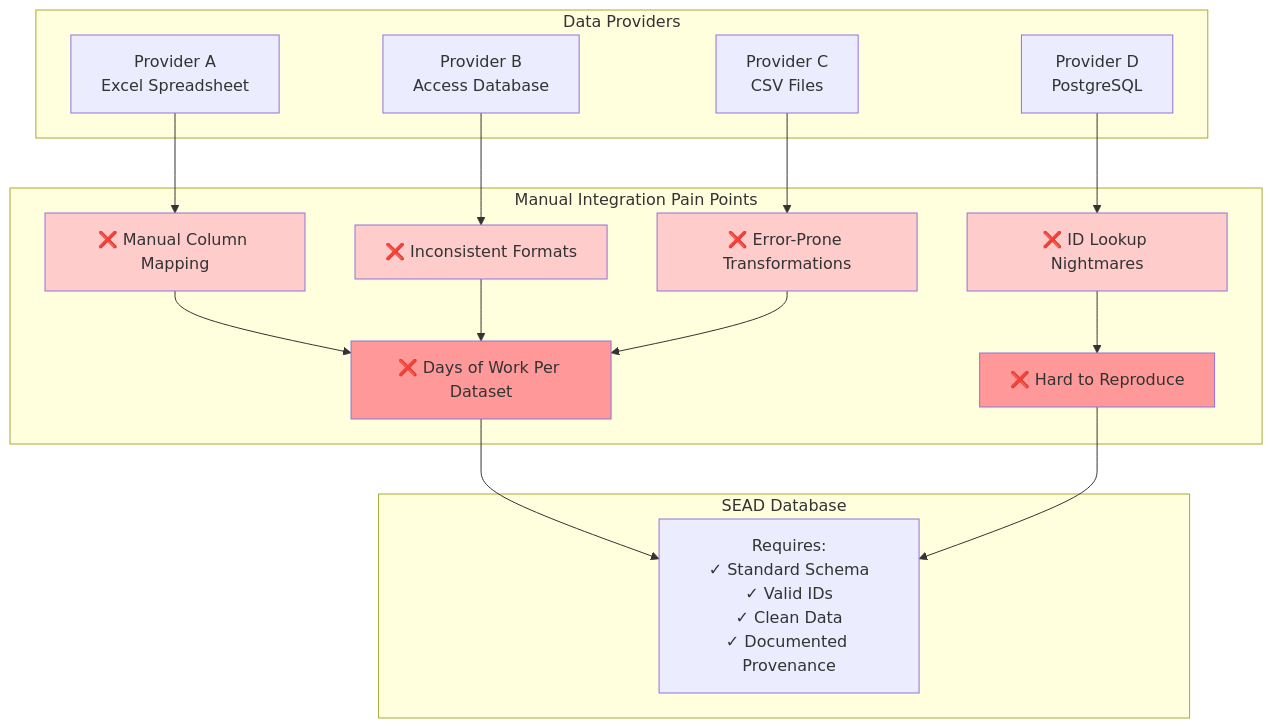
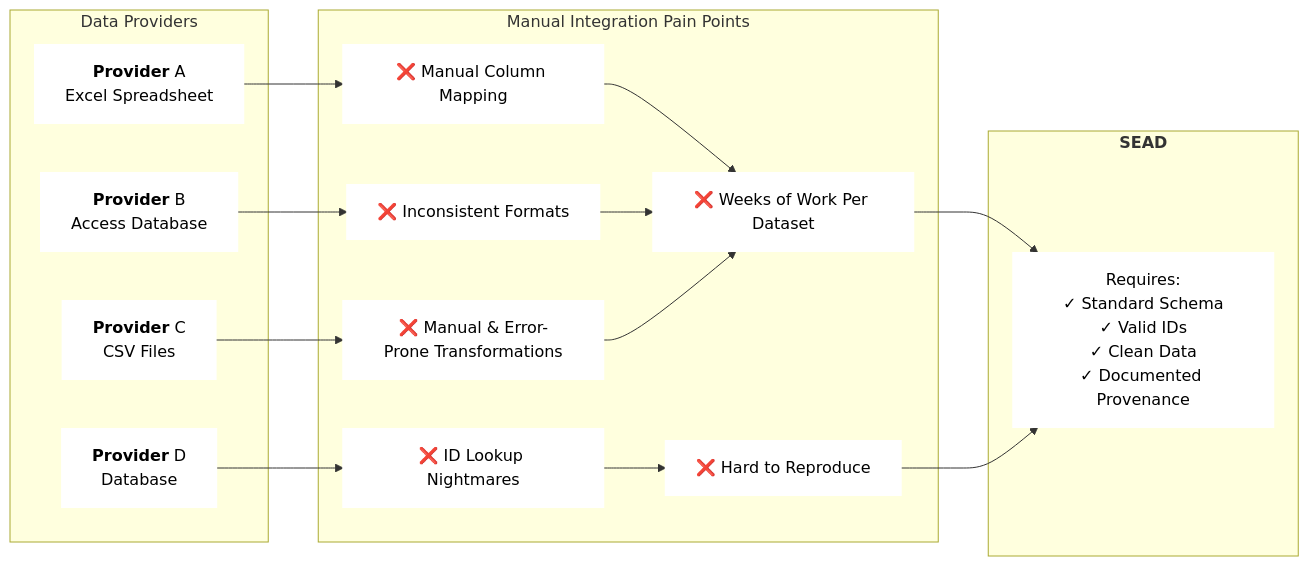
One commit to humlab-sead/sead_shape_shifter changed the first of 15 diagrams in docs/SYSTEM_DIAGRAMS.md. Above: the diagram before and after it, drawn with Mermaid. The commit also changed other lines of this file and 6 other files, not shown here.

First line of the commit message:
feat: enhance system diagrams and improve UI/UX in project editor

````diff
--- a/docs/SYSTEM_DIAGRAMS.md
+++ b/docs/SYSTEM_DIAGRAMS.md
@@ -9,40 +9,48 @@
 ```mermaid
-flowchart TB
+flowchart LR
     subgraph "Data Providers"
-        P1[Provider A<br/>Excel Spreadsheet]
-        P2[Provider B<br/>Access Database]
-        P3[Provider C<br/>CSV Files]
-        P4[Provider D<br/>PostgreSQL]
+        P1[<b>Provider</b> A<br/>Excel Spreadsheet]
+        P2[<b>Provider</b> B<br/>Access Database]
+        P3[<b>Provider</b> C<br/>CSV Files]
+        P4[<b>Provider</b> D<br/>Database]
     end
     
     subgraph "Manual Integration Pain Points"
         M1[❌ Manual Column Mapping]
         M2[❌ Inconsistent Formats]
-        M3[❌ Error-Prone Transformations]
+        M3[❌ Manual & Error-Prone Transformations]
         M4[❌ ID Lookup Nightmares]
-        M5[❌ Days of Work Per Dataset]
+        M5[❌ Weeks of Work Per Dataset]
         M6[❌ Hard to Reproduce]
     end
     
-    subgraph "SEAD Database"
+    subgraph "<b>SEAD</b>"
         S[Requires:<br/>✓ Standard Schema<br/>✓ Valid IDs<br/>✓ Clean Data<br/>✓ Documented Provenance]
     end
     
     P1 --> M1
     P2 --> M2
     P3 --> M3
     P4 --> M4
     M1 --> M5
     M2 --> M5
     M3 --> M5
     M4 --> M6
     M5 --> S
     M6 --> S
+
+    style P1 fill:#ffffff,color:#000000,stroke:#ffffff,stroke-width:2px
+    style P2 fill:#ffffff,color:#000000,stroke:#ffffff,stroke-width:2px
+    style P3 fill:#ffffff,color:#000000,stroke:#ffffff,stroke-width:2px
+    style P4 fill:#ffffff,color:#000000,stroke:#ffffff,stroke-width:2px
     
-    style M1 fill:#ffcccc
-    style M2 fill:#ffcccc
-    style M3 fill:#ffcccc
-    style M4 fill:#ffcccc
-    style M5 fill:#ff9999
-    style M6 fill:#ff9999
+    style M1 fill:#ffffff,color:#000000,stroke:#ffffff,stroke-width:2px
+    style M2 fill:#ffffff,color:#000000,stroke:#ffffff,stroke-width:2px
+    style M3 fill:#ffffff,color:#000000,stroke:#ffffff,stroke-width:2px
+    style M4 fill:#ffffff,color:#000000,stroke:#ffffff,stroke-width:2px
+    style M5 fill:#ffffff,color:#000000,stroke:#ffffff,stroke-width:2px
+    style M6 fill:#ffffff,color:#000000,stroke:#ffffff,stroke-width:2px
+
+    style S fill:#ffffff,color:#000000,stroke:#ffffff,stroke-width:2px
+
 ```
````
